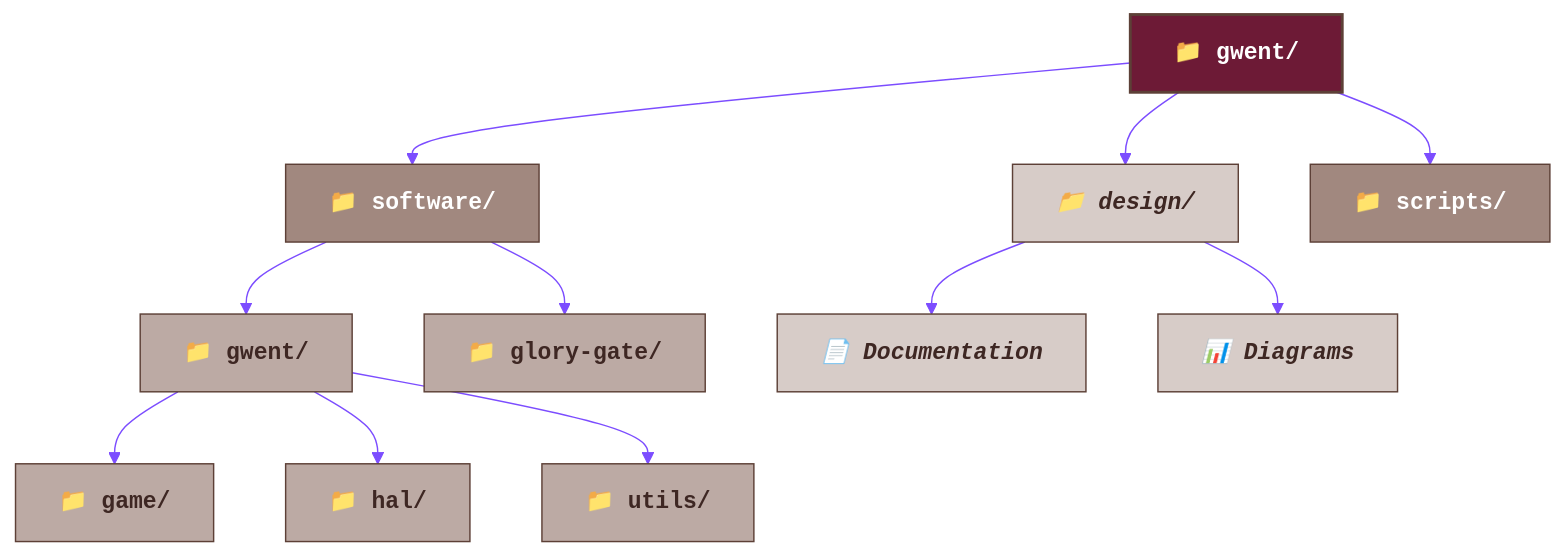
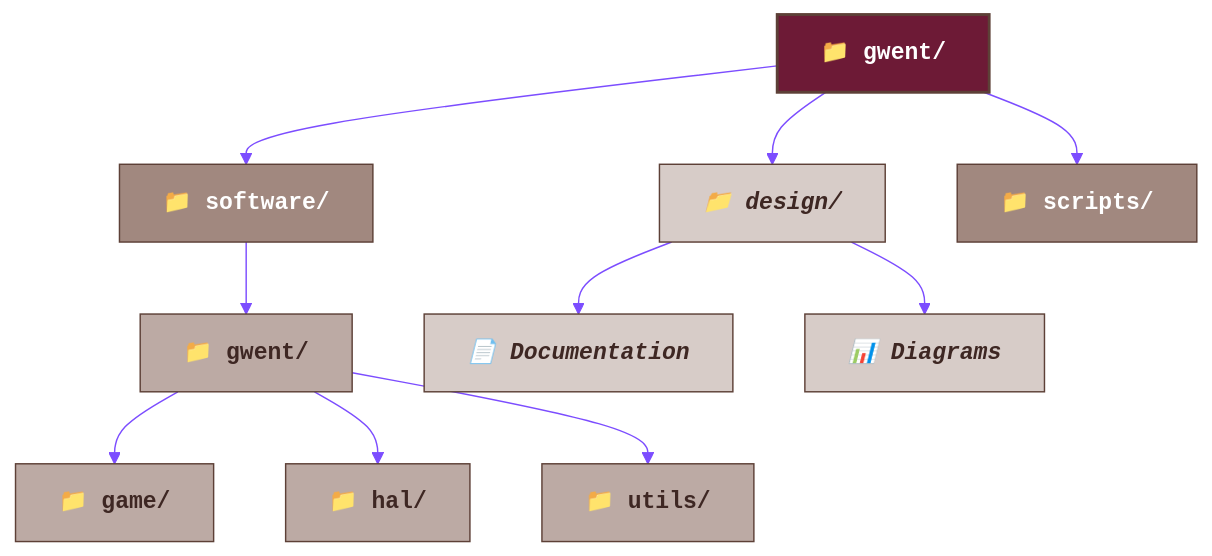
One commit to declanshanaghy/gwent changed the ninth of 9 diagrams in README.md. Above: the diagram before and after it, drawn with Mermaid. The commit also changed other lines of this file and 34 other files, not shown here.

First line of the commit message:
Remove glory-gate React app and all references

````diff
--- a/README.md
+++ b/README.md
@@ -446,51 +437,49 @@
 ```mermaid
 %%{init: {
   'theme': 'base',
   'themeVariables': {
     'primaryColor': '#6d1a36',
     'primaryTextColor': '#333',
     'primaryBorderColor': '#7C4DFF',
     'lineColor': '#7C4DFF',
     'secondaryColor': '#D7CCC8',
     'tertiaryColor': '#EFEBE9',
     'fontFamily': 'Courier New',
     'fontSize': '16px'
   }
 }}%%
 
 graph TD
     classDef root fill:#6d1a36,stroke:#5D4037,stroke-width:2px,color:#fff,font-family:'Courier New',font-weight:bold
     classDef dir fill:#A1887F,stroke:#5D4037,stroke-width:1px,color:#fff,font-family:'Courier New',font-weight:bold
     classDef code fill:#BCAAA4,stroke:#5D4037,stroke-width:1px,color:#3E2723,font-family:'Courier New',font-weight:bold
     classDef docs fill:#D7CCC8,stroke:#5D4037,stroke-width:1px,color:#3E2723,font-family:'Courier New',font-style:italic
     
     root["📁 gwent/"]:::root
     
     software["📁 software/"]:::dir
     design["📁 design/"]:::docs
     scripts["📁 scripts/"]:::dir
     
     gwent["📁 gwent/"]:::code
-    glory["📁 glory-gate/"]:::code
     
     docs["📄 Documentation"]:::docs
     diagrams["📊 Diagrams"]:::docs
     
     game["📁 game/"]:::code
     hal["📁 hal/"]:::code
     utils["📁 utils/"]:::code
     
     root --> software
     root --> design
     root --> scripts
     
     software --> gwent
-    software --> glory
     
     design --> docs
     design --> diagrams
     
     gwent --> game
     gwent --> hal
     gwent --> utils
 ```
````
